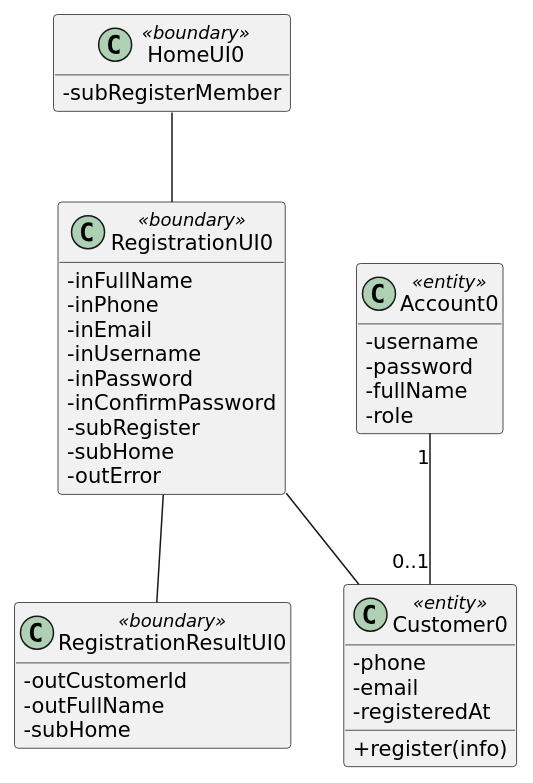
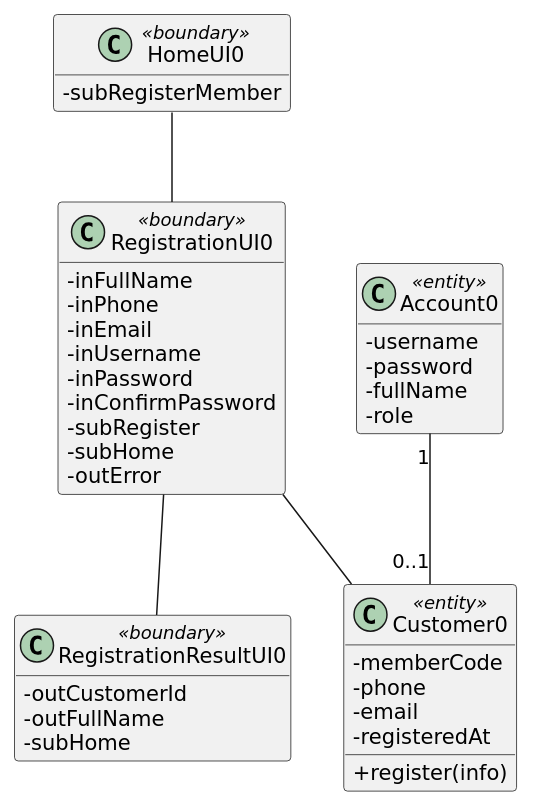
One commit to tinhatinh/PTTK changed the diagram in uml/phan-tich/03-registration-analysis.puml. Above: the diagram before and after it, drawn with PlantUML. The commit also changed 97 other files, not shown here.

Commit message:
Finalize CineMan analysis design diagrams and report

```diff
--- a/uml/phan-tich/03-registration-analysis.puml
+++ b/uml/phan-tich/03-registration-analysis.puml
@@ -1,41 +1,42 @@
 @startuml 03-registration-analysis
 skinparam defaultFontName DejaVu Sans
 skinparam shadowing false
 skinparam classAttributeIconSize 0
 hide empty members
 class HomeUI0 <<boundary>> {
  -subRegisterMember
 }
 class RegistrationUI0 <<boundary>> {
  -inFullName
  -inPhone
  -inEmail
  -inUsername
  -inPassword
  -inConfirmPassword
  -subRegister
  -subHome
  -outError
 }
 class RegistrationResultUI0 <<boundary>> {
  -outCustomerId
  -outFullName
  -subHome
 }
 class Account0 <<entity>> {
  -username
  -password
  -fullName
  -role
 }
 class Customer0 <<entity>> {
+ -memberCode
  -phone
  -email
  -registeredAt
  +register(info)
 }
 Account0 "1" -- "0..1" Customer0
 HomeUI0 -- RegistrationUI0
 RegistrationUI0 -- RegistrationResultUI0
 RegistrationUI0 -- Customer0
 @enduml
```
